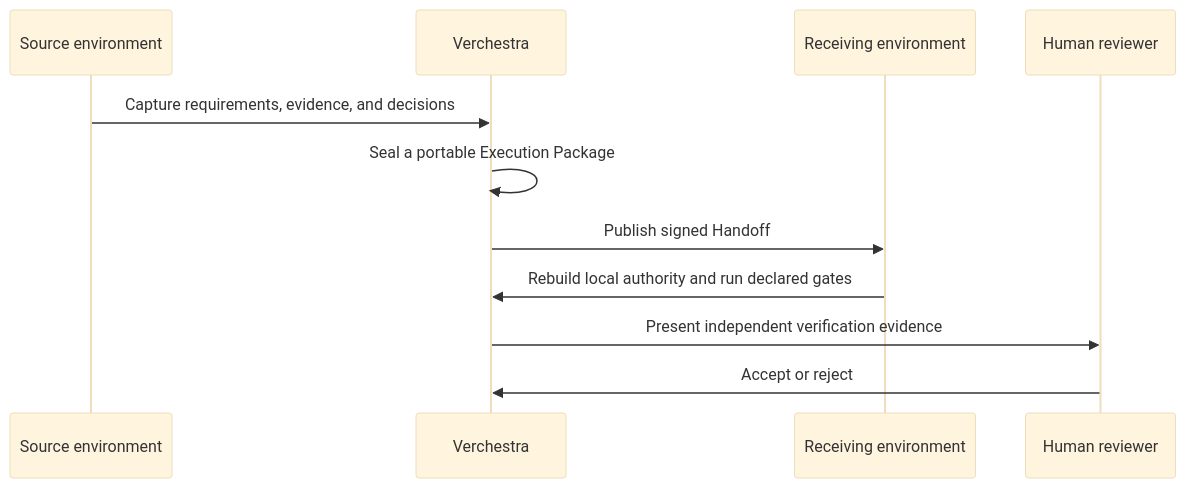
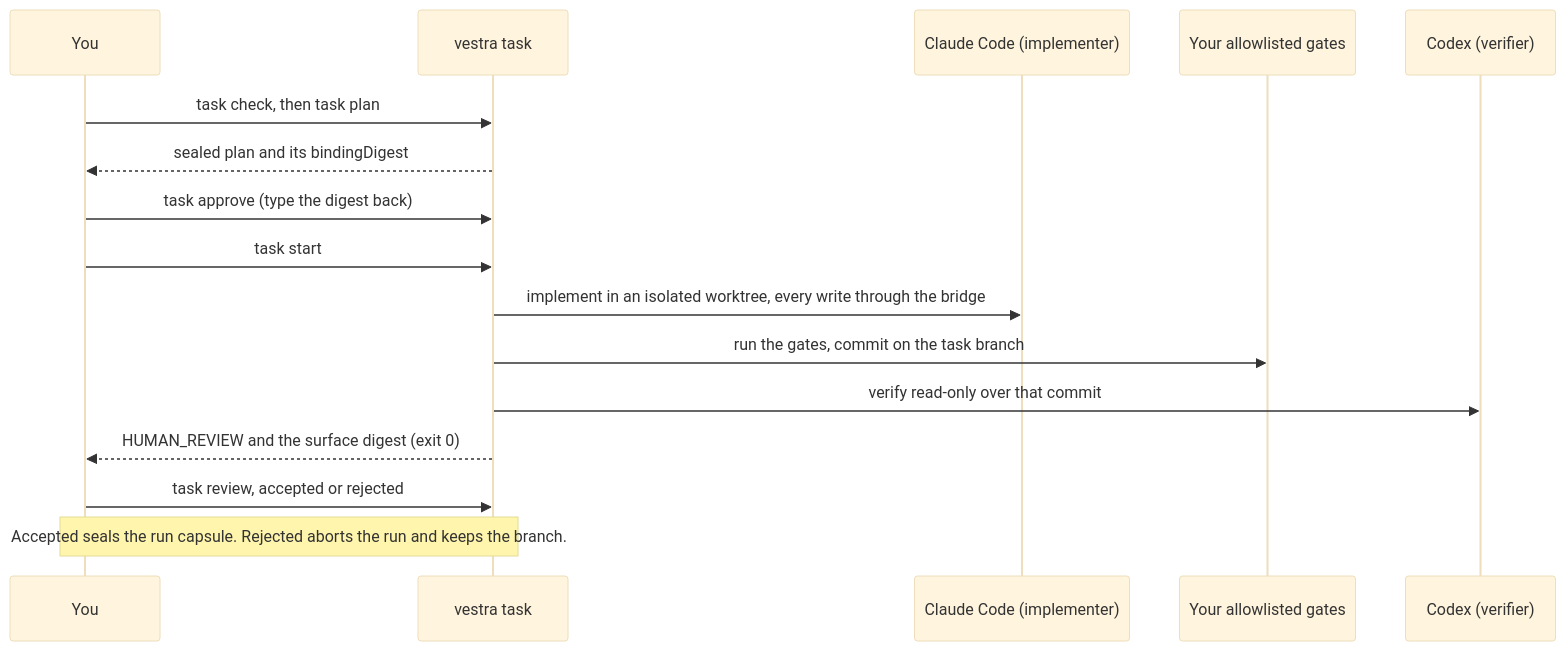
One commit to accd/verchestra changed the second of 4 diagrams in README.md. Above: the diagram before and after it, drawn with Mermaid (base theme). The commit also changed other lines of this file and 8 other files, not shown here.

````diff
--- a/README.md
+++ b/README.md
@@ -143,13 +108,18 @@
 ```mermaid
 sequenceDiagram
-  participant S as Source environment
-  participant V as Verchestra
-  participant R as Receiving environment
-  participant H as Human reviewer
-  S->>V: Capture requirements, evidence, and decisions
-  V->>V: Seal a portable Execution Package
-  V->>R: Publish signed Handoff
-  R->>V: Rebuild local authority and run declared gates
-  V->>H: Present independent verification evidence
-  H->>V: Accept or reject
+  participant You
+  participant V as vestra task
+  participant C as Claude Code (implementer)
+  participant G as Your allowlisted gates
+  participant X as Codex (verifier)
+  You->>V: task check, then task plan
+  V-->>You: sealed plan and its bindingDigest
+  You->>V: task approve (type the digest back)
+  You->>V: task start
+  V->>C: implement in an isolated worktree, every write through the bridge
+  V->>G: run the gates, commit on the task branch
+  V->>X: verify read-only over that commit
+  V-->>You: HUMAN_REVIEW and the surface digest (exit 0)
+  You->>V: task review, accepted or rejected
+  Note over You,V: Accepted seals the run capsule. Rejected aborts the run and keeps the branch.
 ```
````
